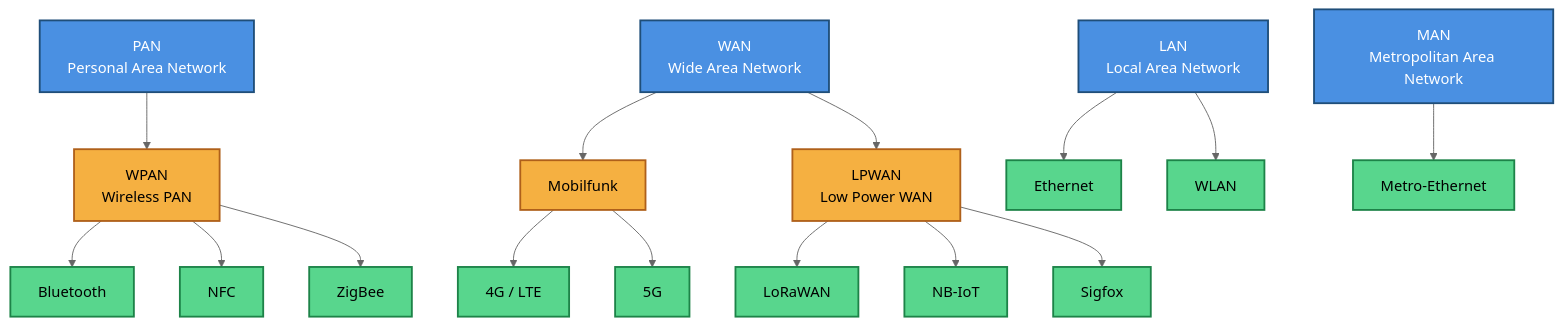
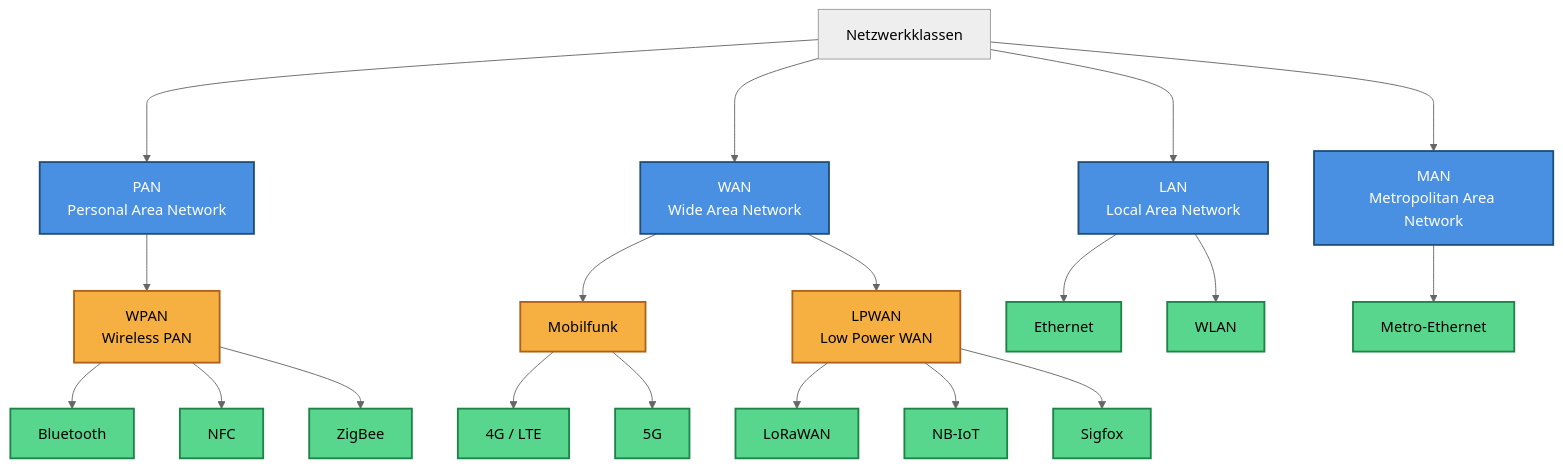
One commit to luc-debug/fullstack-lecture changed the diagram in backend/web/web-basics-advanced.md. Above: the diagram before and after it, drawn with Mermaid (neutral theme). The commit also changed other lines of this file, not shown here.

Commit message:
feat: improve network classes diagram and enhance table formatting for clarity

````diff
--- a/backend/web/web-basics-advanced.md
+++ b/backend/web/web-basics-advanced.md
@@ -19,42 +17,42 @@
 ```mermaid
 graph TD
 
+    
 
-
-     PAN["PAN<br/>Personal Area Network"]
-     LAN["LAN<br/>Local Area Network"]
-     MAN["MAN<br/>Metropolitan Area Network"]
-     WAN["WAN<br/>Wide Area Network"]
+    Netzwerkklassen ---> PAN["PAN<br/>Personal Area Network"]
+    Netzwerkklassen --->  LAN["LAN<br/>Local Area Network"]
+    Netzwerkklassen ---> MAN["MAN<br/>Metropolitan Area Network"]
+    Netzwerkklassen ---> WAN["WAN<br/>Wide Area Network"]
 
     %% Unterkategorien
     PAN --> WPAN["WPAN<br/>Wireless PAN"]
     WAN --> Mobilfunk[Mobilfunk]
     WAN --> LPWAN["LPWAN<br/>Low Power WAN"]
 
     %% Technologien
     WPAN --> Bluetooth[Bluetooth]
     WPAN --> NFC[NFC]
     WPAN --> ZigBee[ZigBee]
 
     LAN --> Ethernet[Ethernet]
     LAN --> WLAN[WLAN]
 
     MAN --> MetroEth[Metro-Ethernet]
 
     Mobilfunk --> G4[4G / LTE]
     Mobilfunk --> G5[5G]
 
     LPWAN --> LoRaWAN[LoRaWAN]
     LPWAN --> NBIoT[NB-IoT]
     LPWAN --> Sigfox[Sigfox]
 
     %% Farben
     classDef netclass fill:#4A90E2,color:#fff,stroke:#1F4E79,stroke-width:2px;
     classDef subcat fill:#F5B041,color:#000,stroke:#AF601A,stroke-width:2px;
     classDef tech fill:#58D68D,color:#000,stroke:#1D8348,stroke-width:2px;
 
     class N,PAN,LAN,MAN,WAN netclass;
     class WPAN,Mobilfunk,LPWAN subcat;
     class Bluetooth,NFC,ZigBee,Ethernet,WLAN,MetroEth,G4,G5,LoRaWAN,NBIoT,Sigfox tech;
 
 ```
````
